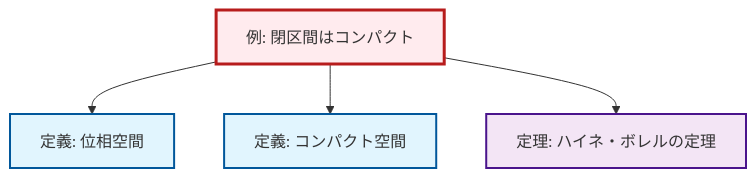
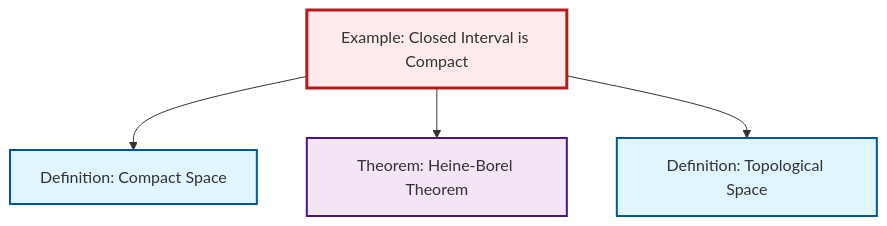
The diagram in content/ja/topology/ex-closed-interval-compact.qmd (RK0429/ModernMath), drawn with Mermaid before and after one commit. The commit also changed 203 other files, not shown here.

````diff
--- a/content/ja/topology/ex-closed-interval-compact.qmd
+++ b/content/ja/topology/ex-closed-interval-compact.qmd
@@ -55,21 +55,17 @@
 ```{mermaid}
-%%| fig-cap: "局所依存グラフ"
+%%| fig-cap: "Local dependency graph"
 graph TD
     classDef definition fill:#e1f5fe,stroke:#01579b,stroke-width:2px
     classDef theorem fill:#f3e5f5,stroke:#4a148c,stroke-width:2px
     classDef axiom fill:#fff3e0,stroke:#e65100,stroke-width:2px
     classDef example fill:#e8f5e9,stroke:#1b5e20,stroke-width:2px
     classDef current fill:#ffebee,stroke:#b71c1c,stroke-width:3px
-    def-topological-space["定義: 位相空間"]:::definition
-    ex-closed-interval-compact["例: 閉区間はコンパクト"]:::example
-    def-compact["定義: コンパクト空間"]:::definition
-    thm-heine-borel["定理: ハイネ・ボレルの定理"]:::theorem
-    ex-closed-interval-compact --> def-topological-space
+    ex-closed-interval-compact["Example: Closed Interval is Compact"]:::example
+    def-compact["Definition: Compact Space"]:::definition
+    def-topological-space["Definition: Topological Space"]:::definition
+    thm-heine-borel["Theorem: Heine-Borel Theorem"]:::theorem
     ex-closed-interval-compact --> def-compact
     ex-closed-interval-compact --> thm-heine-borel
+    ex-closed-interval-compact --> def-topological-space
     class ex-closed-interval-compact current
-
-    click def-topological-space "def-topological-space.html" "Go to 定義: 位相空間"
-    click def-compact "def-compact.html" "Go to 定義: コンパクト空間"
-    click thm-heine-borel "thm-heine-borel.html" "Go to 定理: ハイネ・ボレルの定理"
 ```
````
